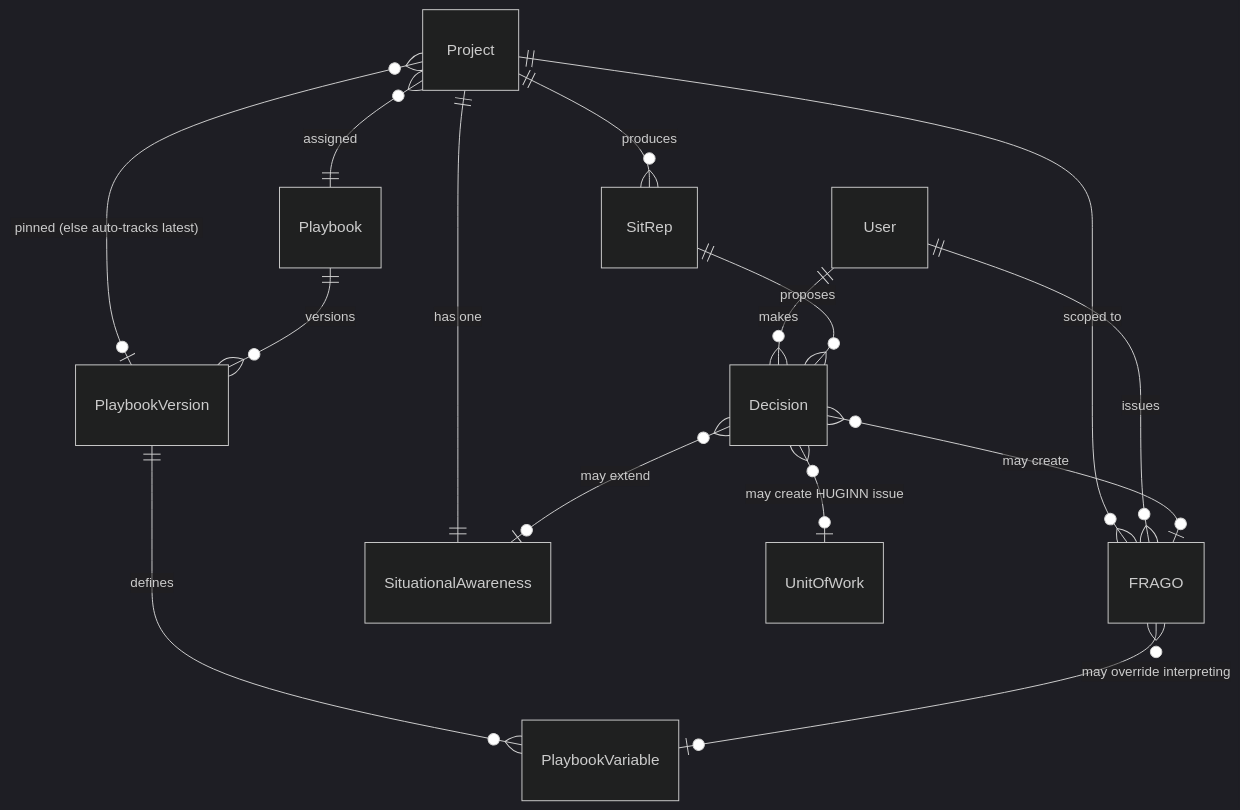
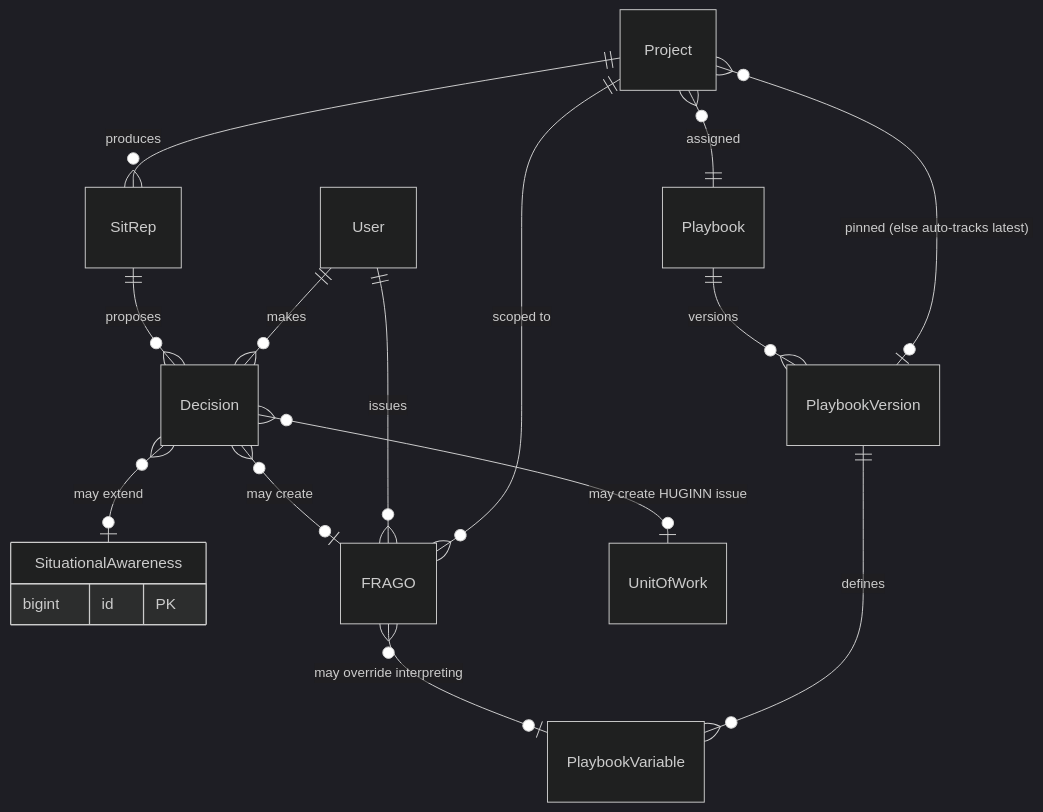
One commit to FeatureFactory-io/huginn changed the third of 7 diagrams in docs/ideation/vision.md. Above: the diagram before and after it, drawn with Mermaid (dark theme). The commit also changed other lines of this file and 15 other files, not shown here.

First line of the commit message:
feat(sa): workspace-global singleton Situational Awareness

````diff
--- a/docs/ideation/vision.md
+++ b/docs/ideation/vision.md
@@ -199,17 +199,20 @@
 ```mermaid
 erDiagram
+    SituationalAwareness {
+        bigint id PK
+    }
     Project ||--o{ SitRep : produces
     Project ||--o{ FRAGO : "scoped to"
-    Project ||--|| SituationalAwareness : "has one"
+    %% One SA row per workspace — not FK-linked to Project (Act 12)
     Project }o--|| Playbook : assigned
     Project }o--o| PlaybookVersion : "pinned (else auto-tracks latest)"
     Playbook ||--o{ PlaybookVersion : versions
     PlaybookVersion ||--o{ PlaybookVariable : defines
     FRAGO }o--o| PlaybookVariable : "may override interpreting"
     User ||--o{ Decision : makes
     User ||--o{ FRAGO : issues
     SitRep ||--o{ Decision : proposes
     Decision }o--o| FRAGO : "may create"
     Decision }o--o| SituationalAwareness : "may extend"
     Decision }o--o| UnitOfWork : "may create HUGINN issue"
 ```
````
